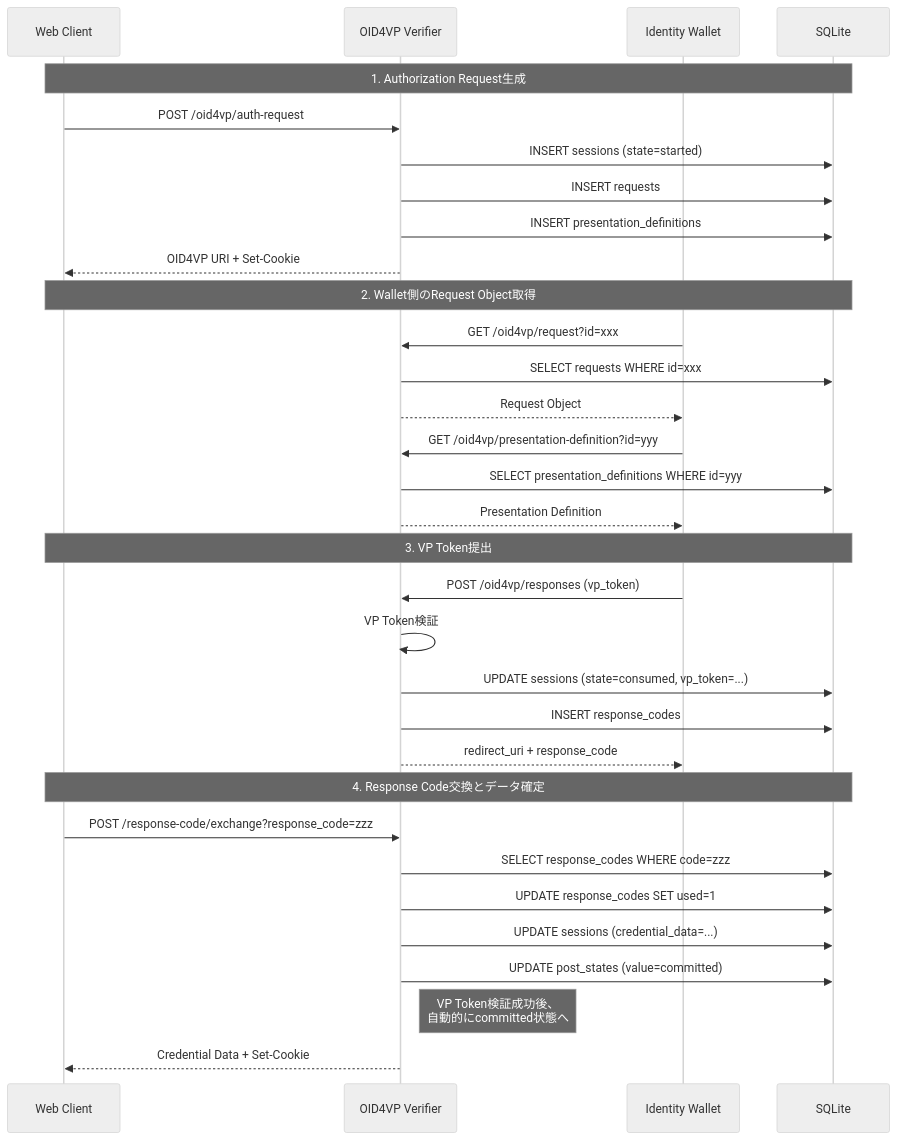
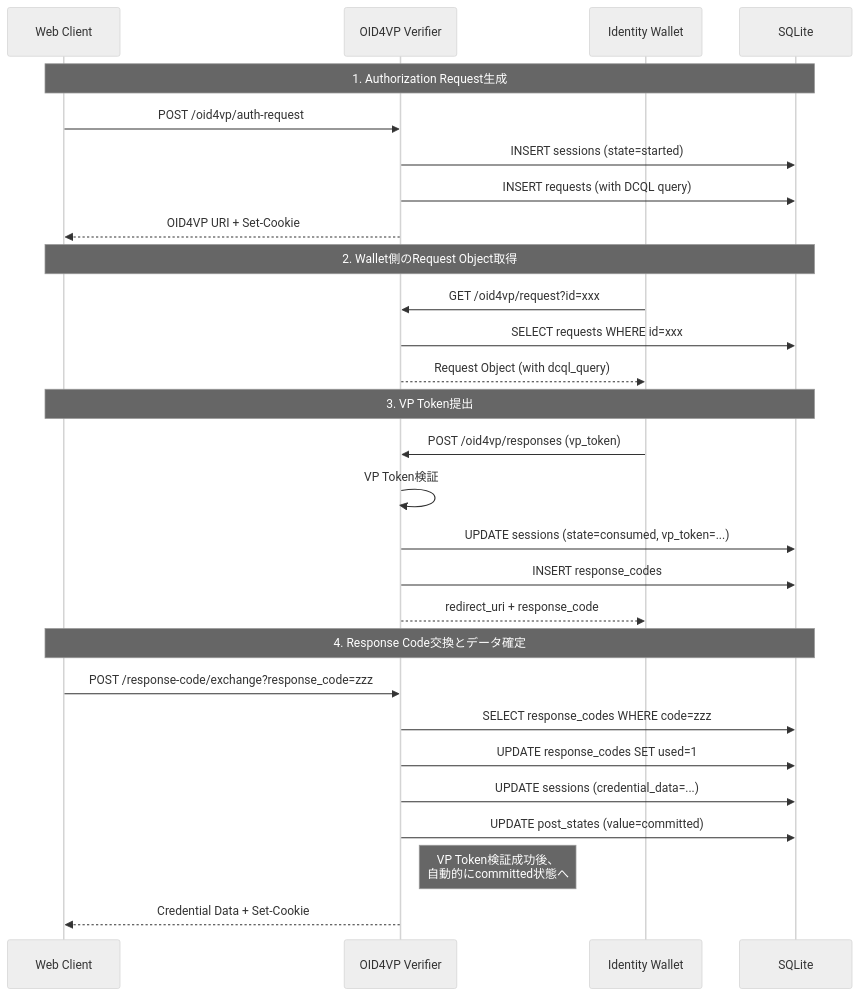
The diagram in docs/api-specification.md (OWND-Project/OWND-Project-VP), drawn with Mermaid (neutral theme) before and after one commit. The commit also changed other lines of this file, not shown here.

First line of the commit message:
docs: update API specification from PEX to DCQL (OID4VP 1.0)

````diff
--- a/docs/api-specification.md
+++ b/docs/api-specification.md
@@ -435,39 +392,34 @@
 ```mermaid
 sequenceDiagram
     participant Client as Web Client
     participant Verifier as OID4VP Verifier
     participant Wallet as Identity Wallet
     participant DB as SQLite
 
     Note over Client,DB: 1. Authorization Request生成
     Client->>Verifier: POST /oid4vp/auth-request
     Verifier->>DB: INSERT sessions (state=started)
-    Verifier->>DB: INSERT requests
-    Verifier->>DB: INSERT presentation_definitions
+    Verifier->>DB: INSERT requests (with DCQL query)
     Verifier-->>Client: OID4VP URI + Set-Cookie
 
     Note over Client,DB: 2. Wallet側のRequest Object取得
     Wallet->>Verifier: GET /oid4vp/request?id=xxx
     Verifier->>DB: SELECT requests WHERE id=xxx
-    Verifier-->>Wallet: Request Object
-
-    Wallet->>Verifier: GET /oid4vp/presentation-definition?id=yyy
-    Verifier->>DB: SELECT presentation_definitions WHERE id=yyy
-    Verifier-->>Wallet: Presentation Definition
+    Verifier-->>Wallet: Request Object (with dcql_query)
 
     Note over Client,DB: 3. VP Token提出
     Wallet->>Verifier: POST /oid4vp/responses (vp_token)
     Verifier->>Verifier: VP Token検証
     Verifier->>DB: UPDATE sessions (state=consumed, vp_token=...)
     Verifier->>DB: INSERT response_codes
     Verifier-->>Wallet: redirect_uri + response_code
 
     Note over Client,DB: 4. Response Code交換とデータ確定
     Client->>Verifier: POST /response-code/exchange?response_code=zzz
     Verifier->>DB: SELECT response_codes WHERE code=zzz
     Verifier->>DB: UPDATE response_codes SET used=1
     Verifier->>DB: UPDATE sessions (credential_data=...)
     Verifier->>DB: UPDATE post_states (value=committed)
     Note right of Verifier: VP Token検証成功後、<br/>自動的にcommitted状態へ
     Verifier-->>Client: Credential Data + Set-Cookie
 ```
````
